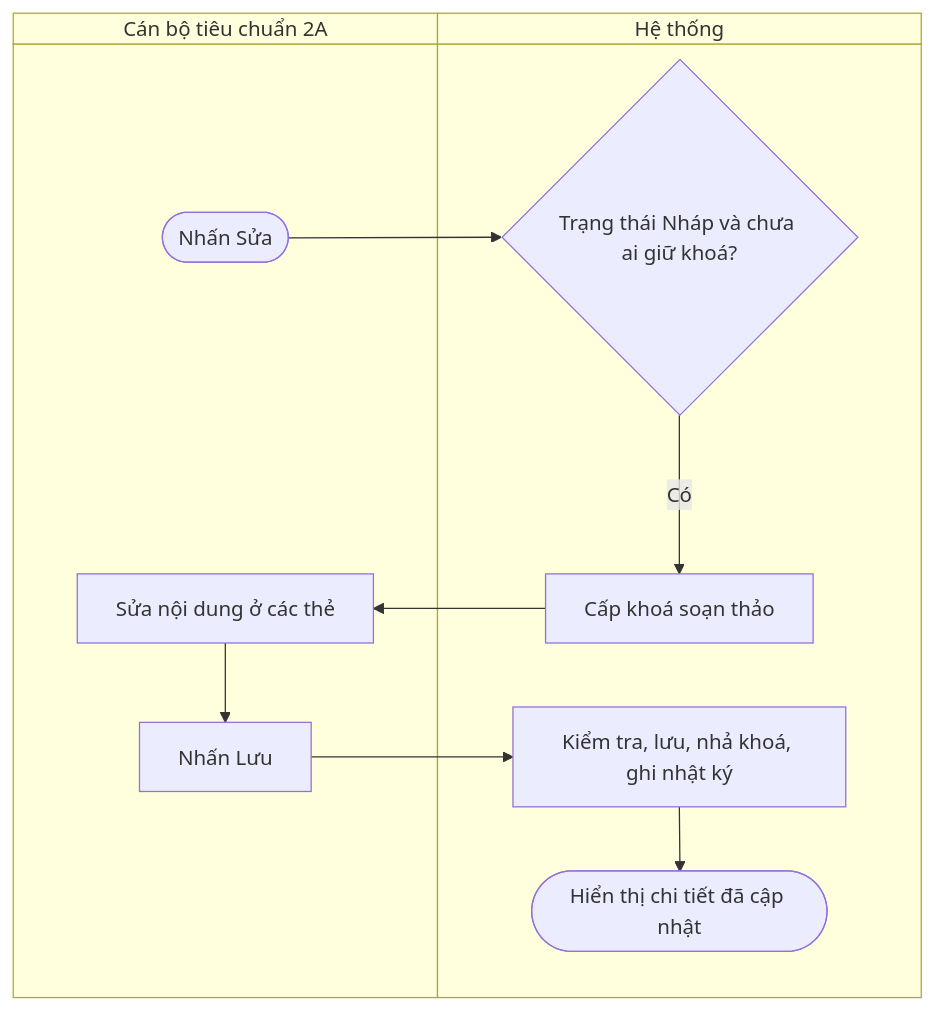
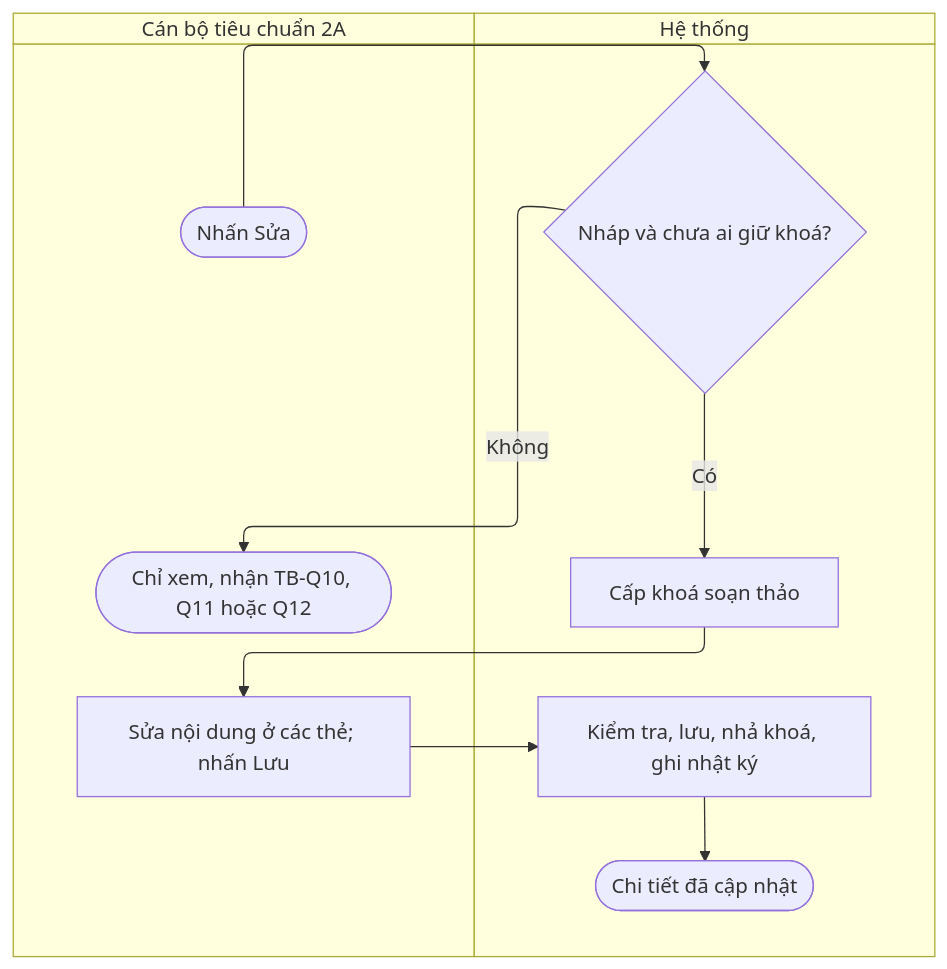
One commit to cuongnh-rd/ndatrace-attp changed the first of 2 diagrams in docs/prd/quy-trinh-tieu-chuan-txng/7.5-sua-va-xoa-ban-nhap.md. Above: the diagram before and after it, drawn with Mermaid. The commit also changed other lines of this file and 9 other files, not shown here.

````diff
--- a/docs/prd/quy-trinh-tieu-chuan-txng/7.5-sua-va-xoa-ban-nhap.md
+++ b/docs/prd/quy-trinh-tieu-chuan-txng/7.5-sua-va-xoa-ban-nhap.md
@@ -37,20 +37,20 @@
 ```mermaid
 swimlane-beta TB
   subgraph CB["Cán bộ tiêu chuẩn 2A"]
     s(["Nhấn Sửa"])
-    c1["Sửa nội dung ở các thẻ"]
-    c2["Nhấn Lưu"]
+    c0(["Chỉ xem, nhận TB-Q10, Q11 hoặc Q12"])
+    c1["Sửa nội dung ở các thẻ; nhấn Lưu"]
   end
   subgraph HT["Hệ thống"]
-    d0{"Trạng thái Nháp và chưa ai giữ khoá?"}
+    d0{"Nháp và chưa ai giữ khoá?"}
     h1["Cấp khoá soạn thảo"]
     h2["Kiểm tra, lưu, nhả khoá, ghi nhật ký"]
-    e(["Hiển thị chi tiết đã cập nhật"])
+    e(["Chi tiết đã cập nhật"])
   end
   s --> d0
+  d0 -->|Không| c0
   d0 -->|Có| h1
   h1 --> c1
-  c1 --> c2
-  c2 --> h2
+  c1 --> h2
   h2 --> e
 ```
````
